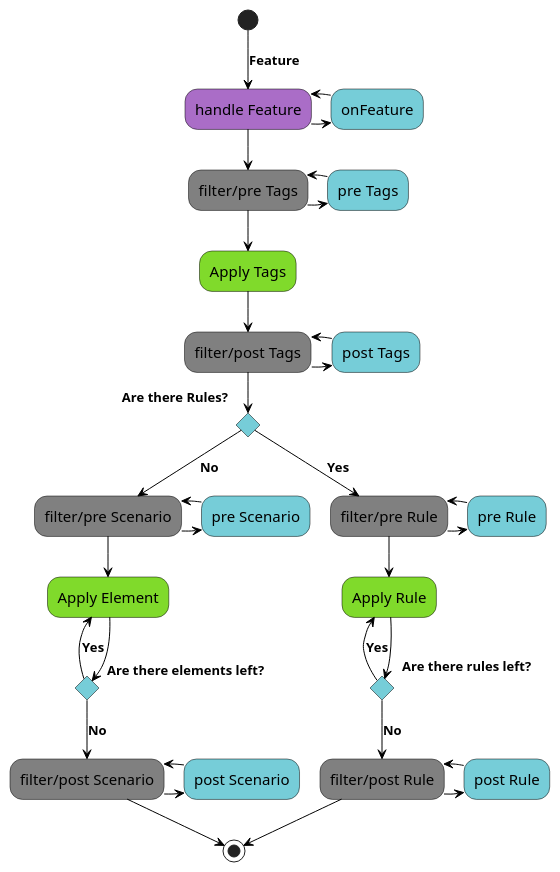
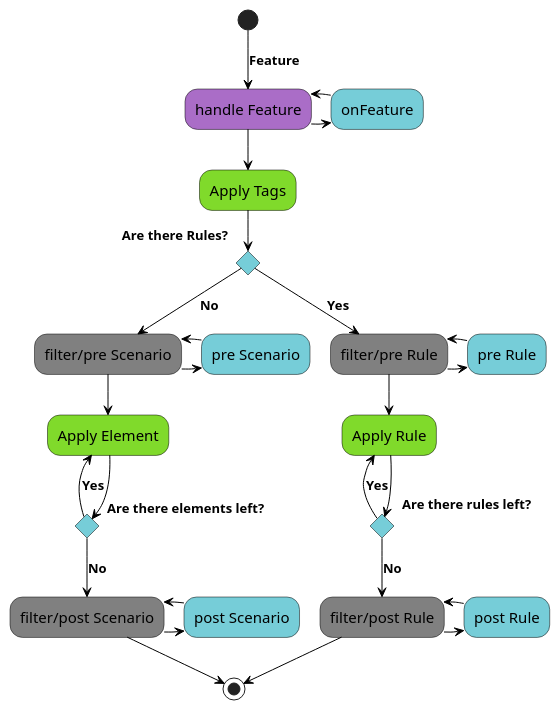
One commit to gherking/gherking-docs changed the diagram in src/data/feature.puml. Above: the diagram before and after it, drawn with PlantUML. The commit also changed 5 other files, not shown here.

Commit message:
plantuml visualization of the precompiler

```diff
--- a/src/data/feature.puml
+++ b/src/data/feature.puml
@@ -1,50 +1,44 @@
 @startuml
 skinparam activity {
 BackgroundColor #76CDD8
 BackgroundColor<<apply>> #80DA2B
 BackgroundColor<<filter>> #808080
 BackgroundColor<<handle>> #AA6DC7
 ArrowColor black
 ArrowFontSize 13
 ArrowFontStyle bold
 ArrowFontName Segoe UI
 BorderColor black
 FontName Segoe UI
 FontSize 15
 }
 (*) -->[Feature] "handle Feature"
 -right-> "onFeature"
 -left-> "handle Feature"<<handle>>
---> "filter/pre Tags"<<filter>>
--right-> "pre Tags"
--left-> "filter/pre Tags"
 --> "Apply Tags"<<apply>>
---> "filter/post Tags"<<filter>>
--right-> "post Tags"
--left-> "filter/post Tags"
 If "Are there Rules?"
 --> [Yes]"filter/pre Rule"<<filter>>
 -right-> "pre Rule"
 -left-> "filter/pre Rule"
 --> "Apply Rule"<<apply>>
 If "Are there rules left?"
 -left->[Yes] "Apply Rule"
 else
 --> [No] "filter/post Rule"
 -right-> "post Rule"
 -left-> "filter/post Rule"<<filter>>
 --> (*)
 endif
 else
 --> [No]"filter/pre Scenario"<<filter>>
 -right-> "pre Scenario"
 -left-> "filter/pre Scenario"
 --> "Apply Element"<<apply>>
 If "Are there elements left?"
 -left->[Yes] "Apply Element"<<apply>>
 else
 -->[No] "filter/post Scenario"<<filter>>
 -right-> "post Scenario"
 -left-> "filter/post Scenario"
 --> (*)
 @enduml
```
